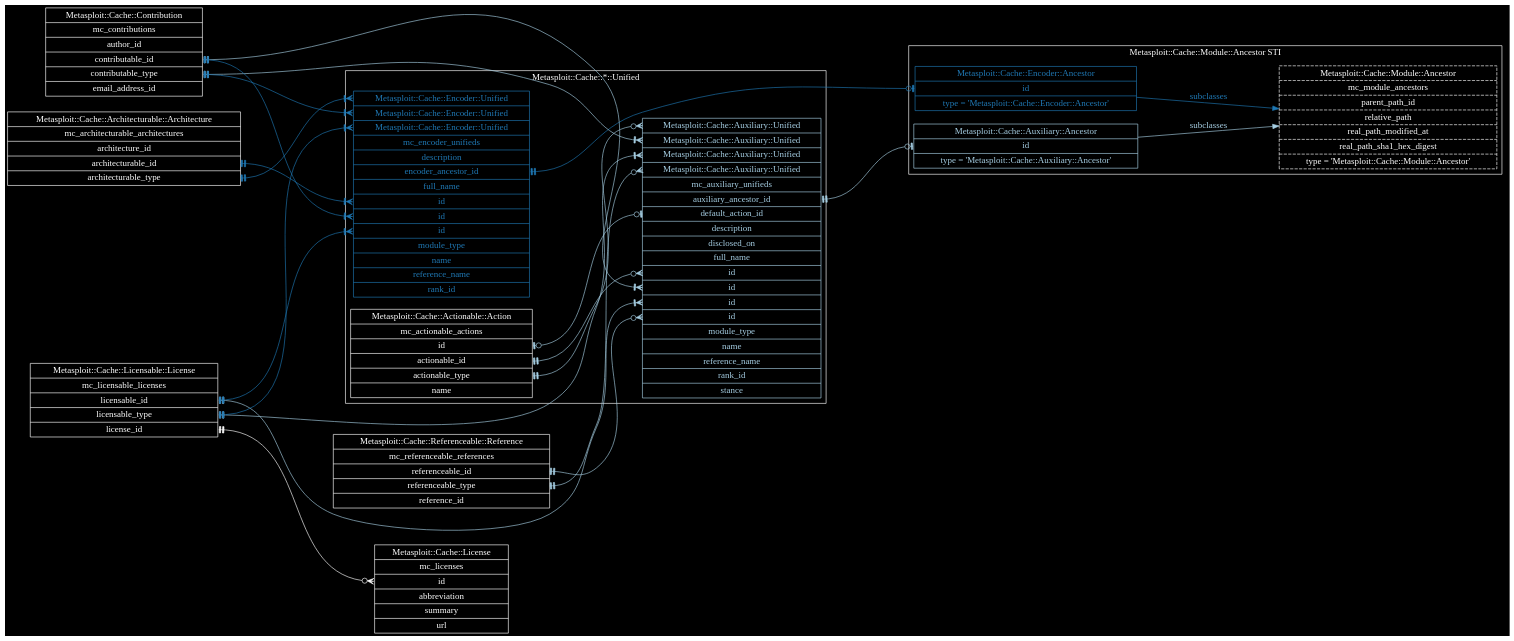
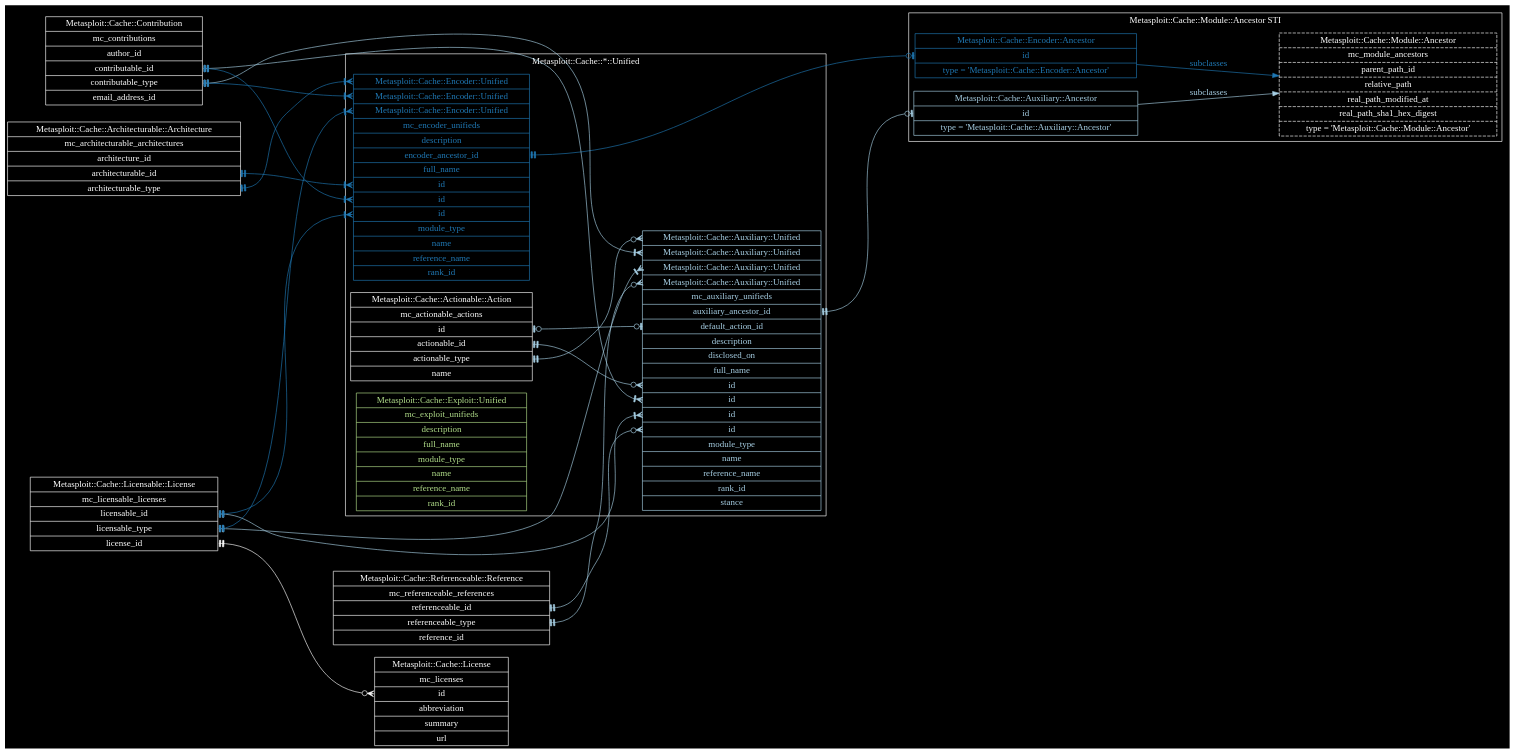
The diagram in docs/metasploit-cache-read-model.dot (rapid7/metasploit-cache), drawn with Graphviz before and after one commit.

Commit message:
Exploit::Unified
MSP-12192

```diff
--- a/docs/metasploit-cache-read-model.dot
+++ b/docs/metasploit-cache-read-model.dot
@@ -214,5 +214,11 @@
       color = "/paired9/2"
       dir = "both"
     ]
+
+    "Metasploit::Cache::Exploit::Unified" [
+      color = "/paired9/3"
+      fontcolor = "/paired9/3"
+      label = "Metasploit::Cache::Exploit::Unified | mc_exploit_unifieds | description | full_name | module_type | name | reference_name | rank_id"
+    ]
   }
 }
```
